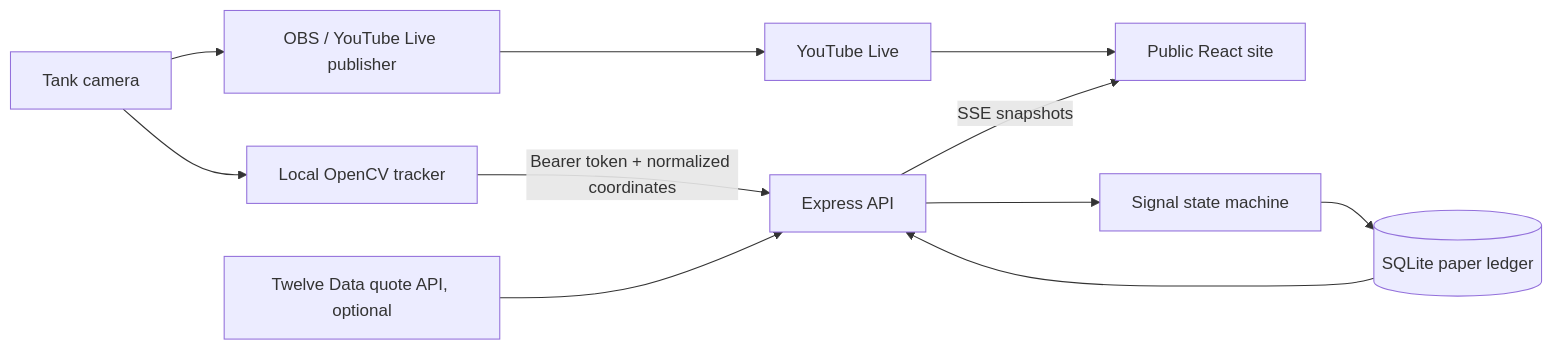
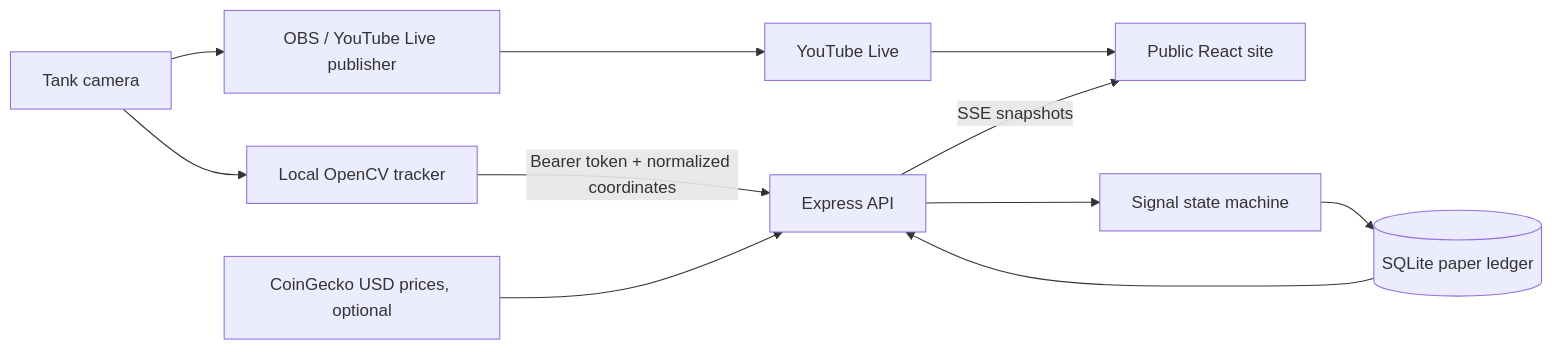
Before and after one commit to Zelvf/vlad-the-fish-trader: the diagram in docs/ARCHITECTURE.md, drawn with Mermaid. The commit also changed other lines of this file and 28 other files, not shown here.

````diff
--- a/docs/ARCHITECTURE.md
+++ b/docs/ARCHITECTURE.md
@@ -5,13 +5,13 @@
 ```mermaid
 flowchart LR
   C[Tank camera] --> OBS[OBS / YouTube Live publisher]
   OBS --> YT[YouTube Live]
   YT --> UI[Public React site]
   C --> CV[Local OpenCV tracker]
   CV -->|Bearer token + normalized coordinates| API[Express API]
-  Q[Twelve Data quote API, optional] --> API
+  Q[CoinGecko USD prices, optional] --> API
   API --> E[Signal state machine]
   E --> DB[(SQLite paper ledger)]
   DB --> API
   API -->|SSE snapshots| UI
 ```
````
